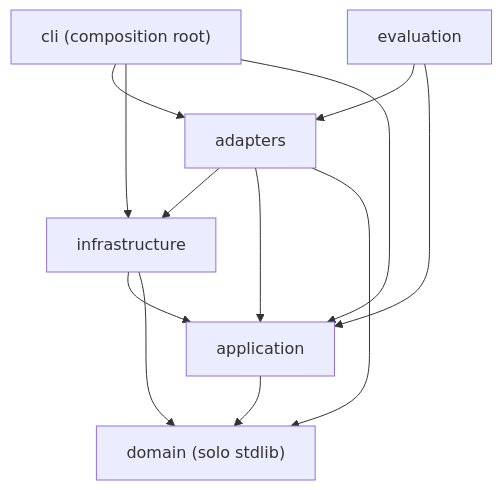
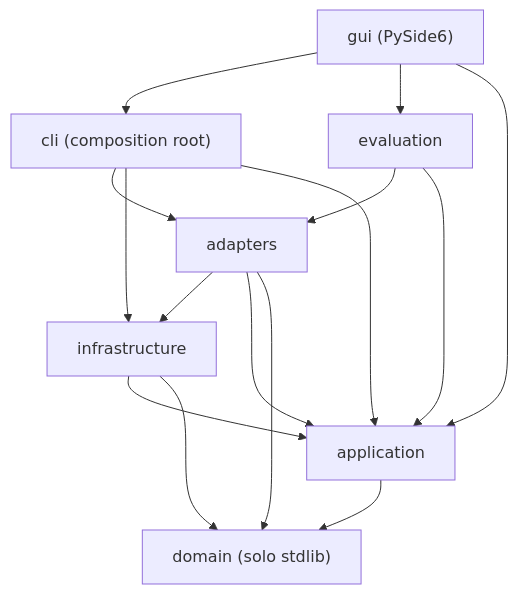
Before and after one commit to sergiopon/lectorPlacas: the first of 2 diagrams in ARQUITECTURA.md, drawn with Mermaid. The commit also changed other lines of this file and 10 other files, not shown here.

````diff
--- a/ARQUITECTURA.md
+++ b/ARQUITECTURA.md
@@ -38,15 +42,18 @@
 ```mermaid
 flowchart TB
+    gui["gui (PySide6)"] --> cli
+    gui --> evaluation
+    gui --> application
     cli["cli (composition root)"] --> adapters
     cli --> infrastructure
     cli --> application
     evaluation --> adapters
     evaluation --> application
     adapters --> infrastructure
     adapters --> application
     adapters --> domain
     infrastructure --> application
     infrastructure --> domain
     application --> domain
     domain["domain (solo stdlib)"]
 ```
````
